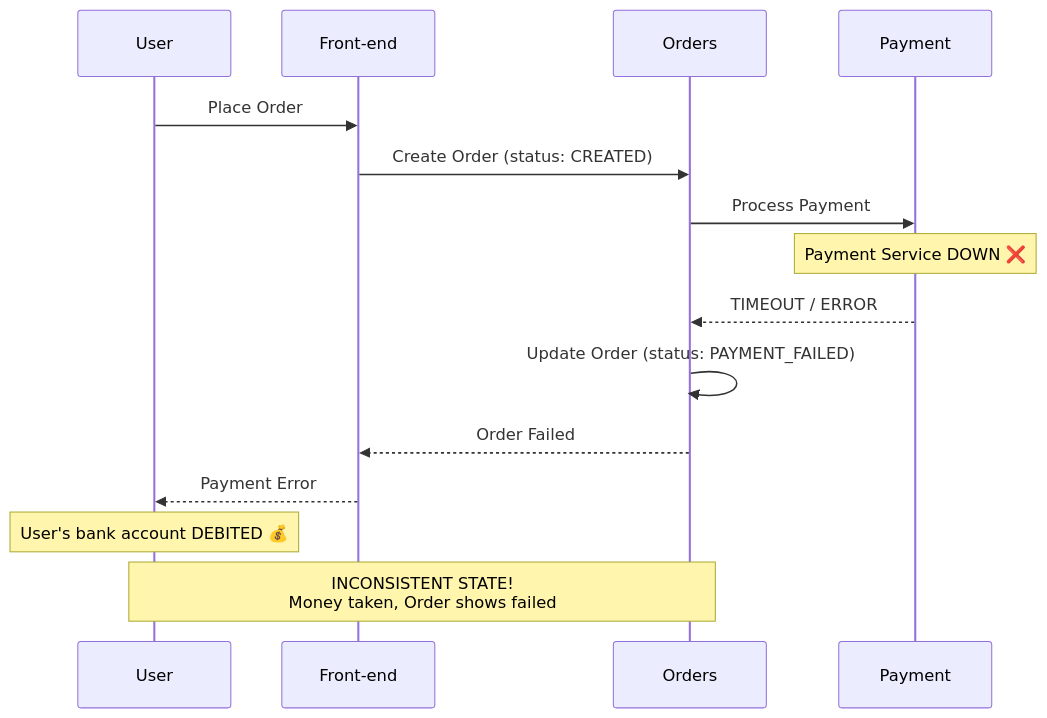
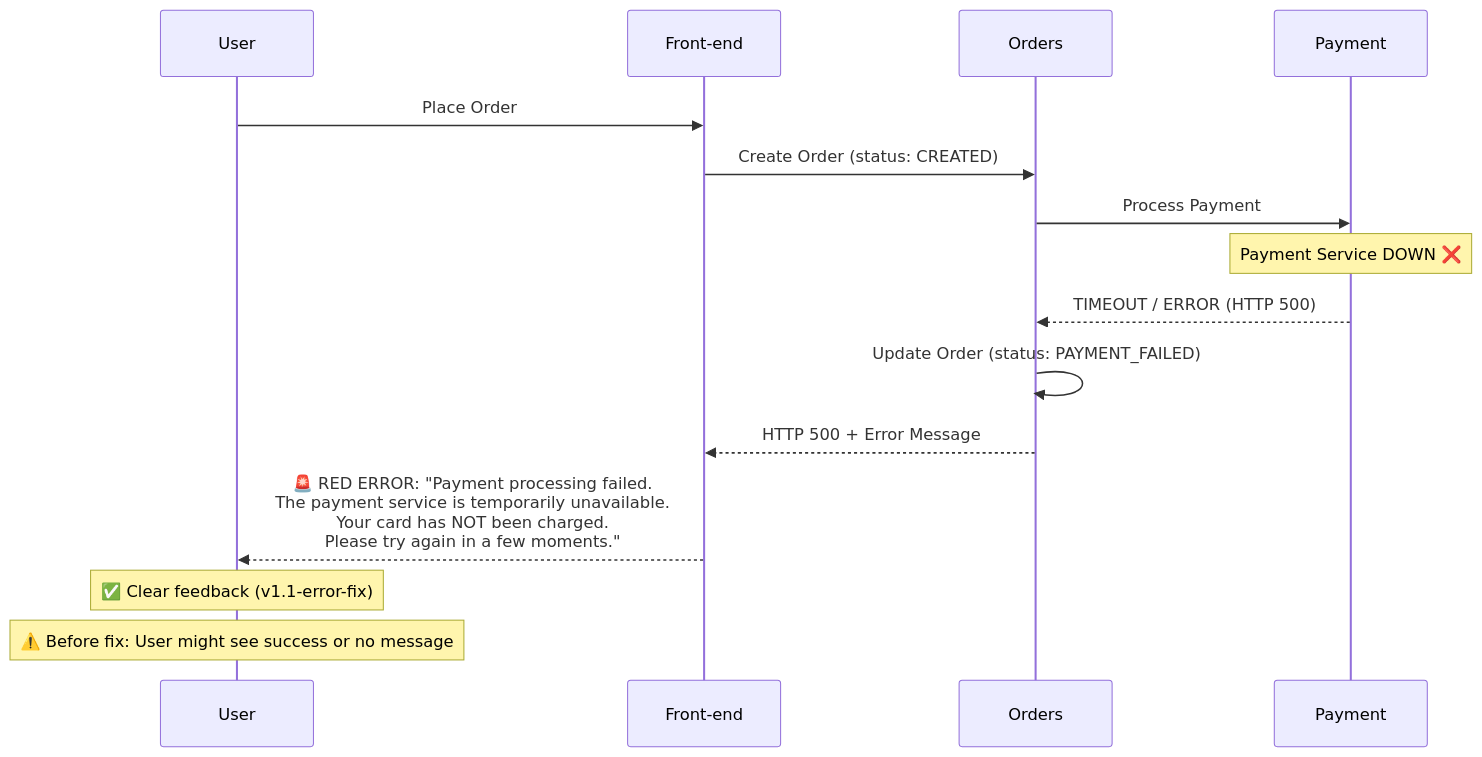
Before and after one commit to Pvz25/Sock-Shop-New: the second of 2 diagrams in INCIDENT-3-PAYMENT-FAILURE.md, drawn with Mermaid. The commit also changed other lines of this file and 16 other files, not shown here.

````diff
--- a/INCIDENT-3-PAYMENT-FAILURE.md
+++ b/INCIDENT-3-PAYMENT-FAILURE.md
@@ -54,13 +58,13 @@
 ```mermaid
 sequenceDiagram
     User->>Front-end: Place Order
     Front-end->>Orders: Create Order (status: CREATED)
     Orders->>Payment: Process Payment
     Note over Payment: Payment Service DOWN ❌
-    Payment-->>Orders: TIMEOUT / ERROR
+    Payment-->>Orders: TIMEOUT / ERROR (HTTP 500)
     Orders->>Orders: Update Order (status: PAYMENT_FAILED)
-    Orders-->>Front-end: Order Failed
-    Front-end-->>User: Payment Error
-    Note over User: User's bank account DEBITED 💰
-    Note over User,Orders: INCONSISTENT STATE!<br/>Money taken, Order shows failed
+    Orders-->>Front-end: HTTP 500 + Error Message
+    Front-end-->>User: 🚨 RED ERROR: "Payment processing failed.<br/>The payment service is temporarily unavailable.<br/>Your card has NOT been charged.<br/>Please try again in a few moments."
+    Note over User: ✅ Clear feedback (v1.1-error-fix)
+    Note over User: ⚠️ Before fix: User might see success or no message
 ```
````
